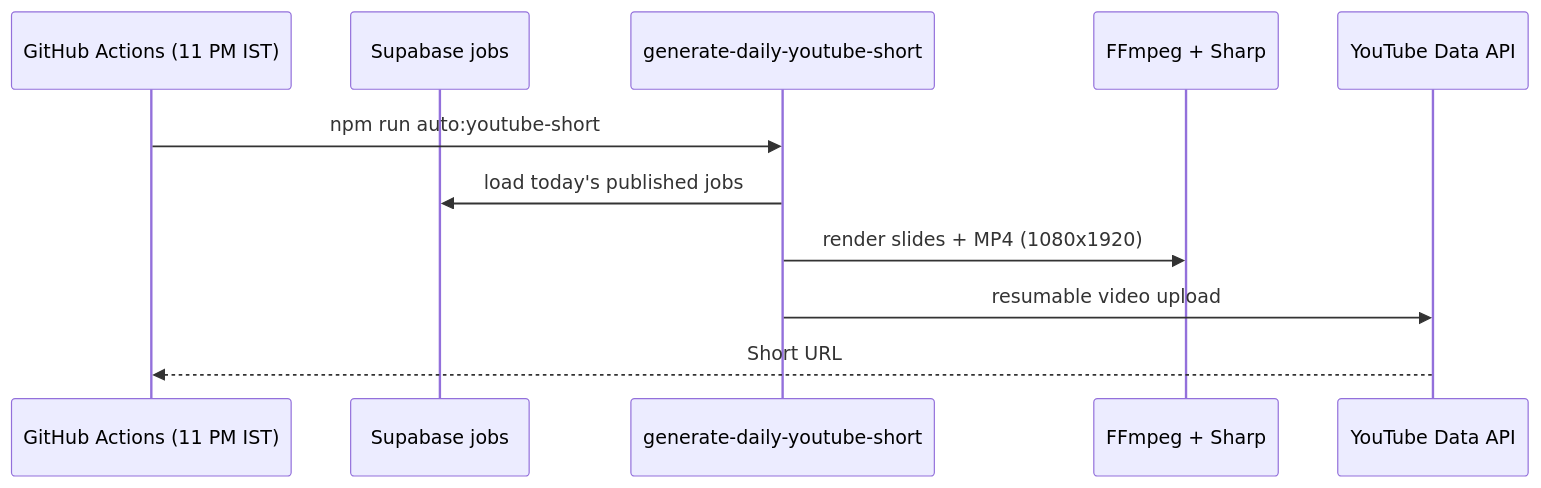
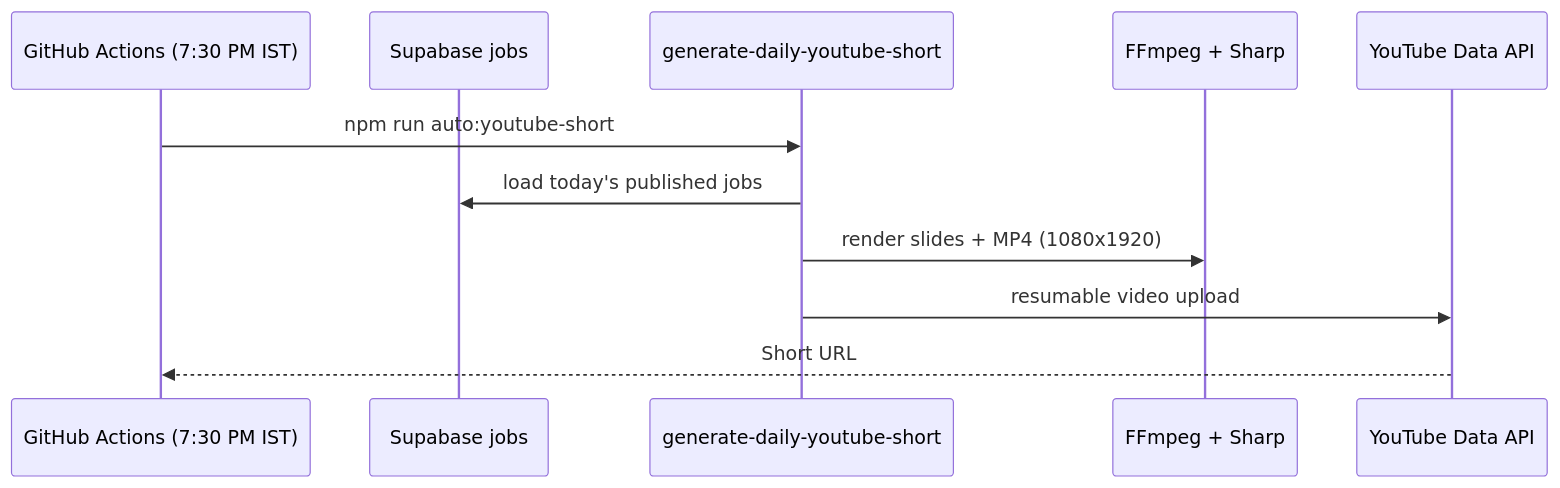
Before and after one commit to Kiran040595/vizag-jobs: the diagram in docs/youtube-shorts-automation.md, drawn with Mermaid. The commit also changed other lines of this file and 1 other file, not shown here.

Commit message:
Schedule daily YouTube Short at 7:30 PM IST.
Move the GitHub Actions cron from 11:00 PM IST (17:30 UTC) to 7:30 PM IST (14:00 UTC) and update docs.

````diff
--- a/docs/youtube-shorts-automation.md
+++ b/docs/youtube-shorts-automation.md
@@ -7,14 +7,14 @@
 ```mermaid
 sequenceDiagram
-  participant GH as GitHub Actions (11 PM IST)
+  participant GH as GitHub Actions (7:30 PM IST)
   participant DB as Supabase jobs
   participant Script as generate-daily-youtube-short
   participant FF as FFmpeg + Sharp
   participant YT as YouTube Data API
 
   GH->>Script: npm run auto:youtube-short
   Script->>DB: load today's published jobs
   Script->>FF: render slides + MP4 (1080x1920)
   Script->>YT: resumable video upload
   YT-->>GH: Short URL
 ```
````
